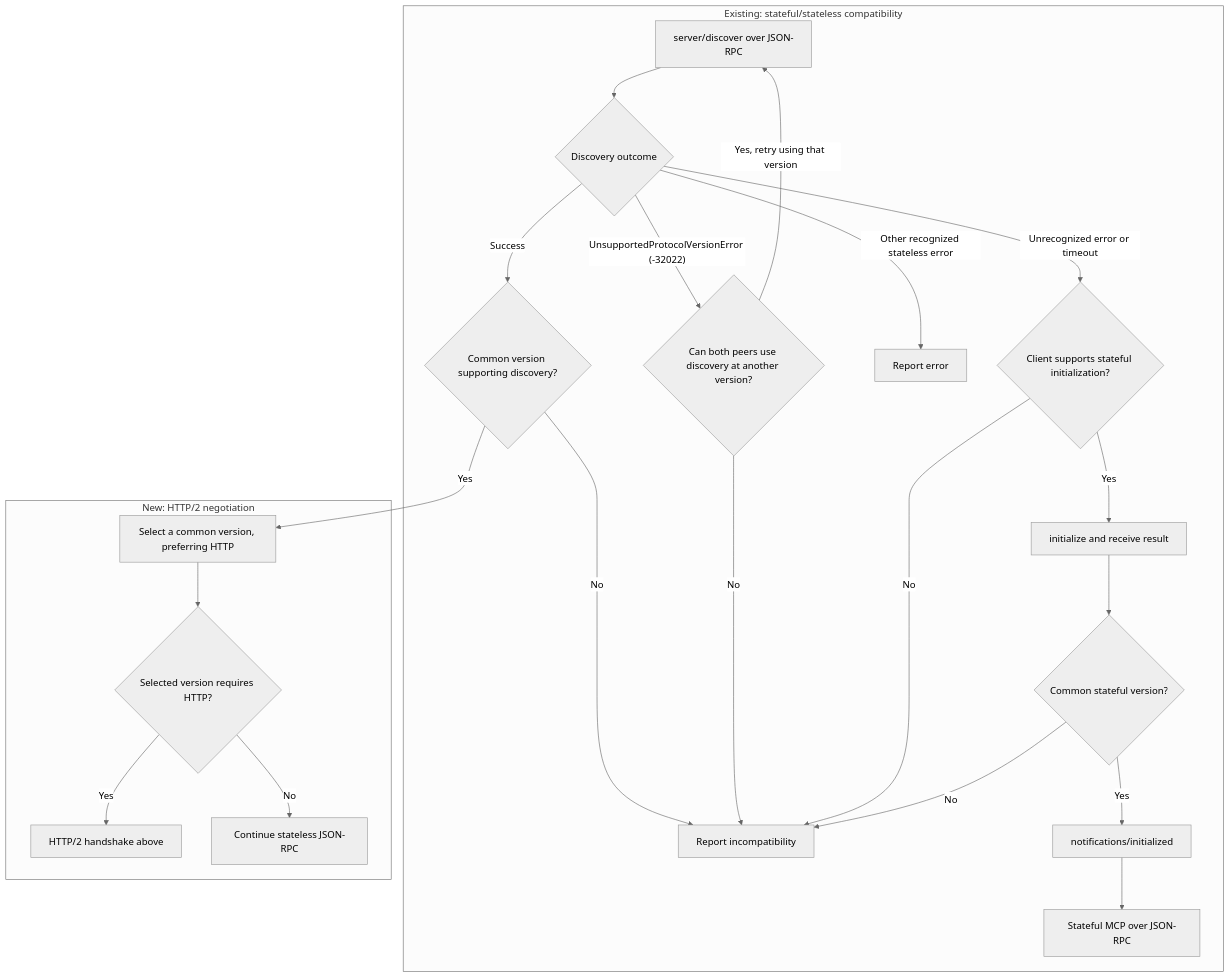
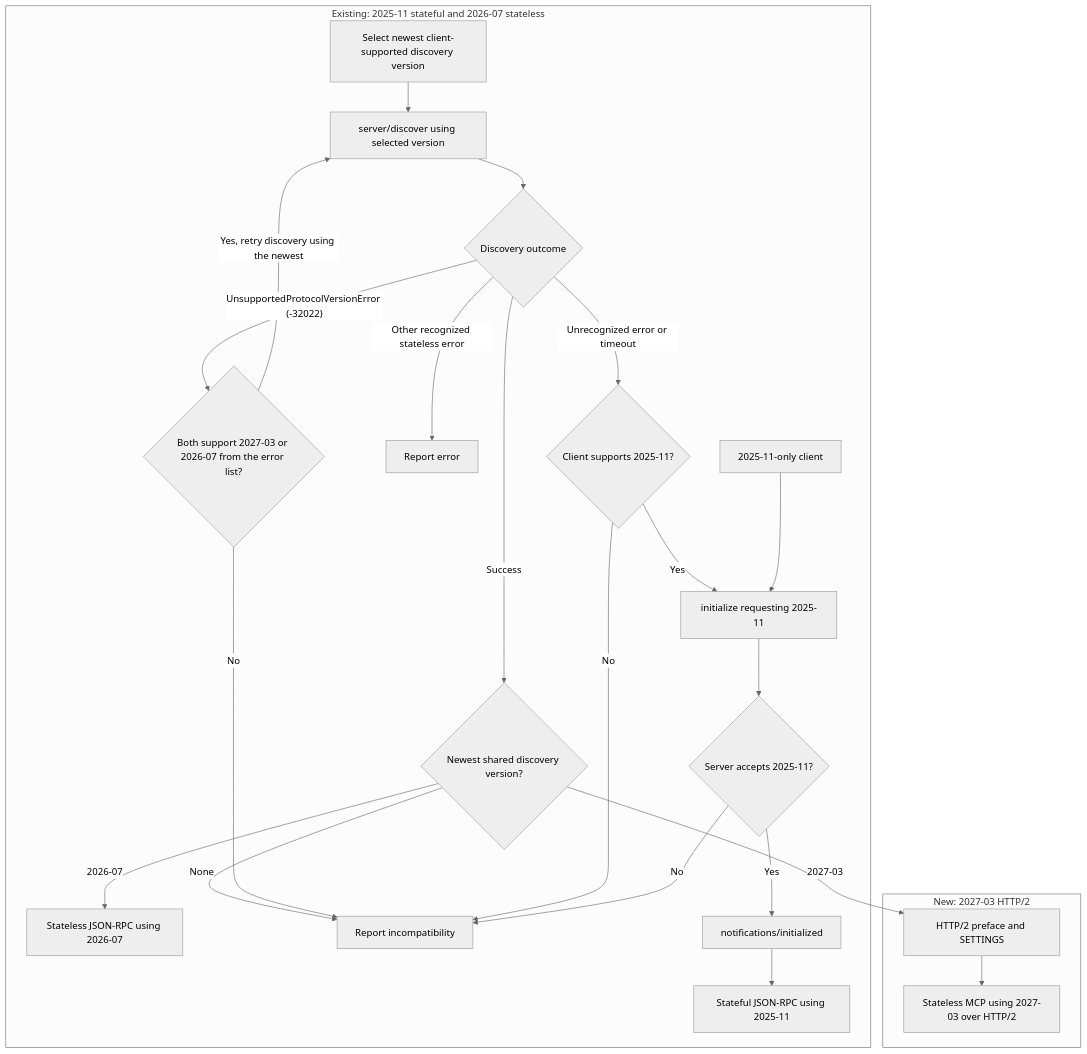
One commit to modelcontextprotocol/transports-wg changed the second of 2 diagrams in proposals/http-over-stdio/negotiation-proposal.md. Above: the diagram before and after it, drawn with Mermaid (neutral theme). The commit also changed other lines of this file, not shown here.

Commit message:
docs: ground negotiation in concrete protocol versions

````diff
--- a/proposals/http-over-stdio/negotiation-proposal.md
+++ b/proposals/http-over-stdio/negotiation-proposal.md
@@ -65,25 +79,26 @@
 ```mermaid
 flowchart TD
-    subgraph Existing["Existing: stateful/stateless compatibility"]
-        Discover["server/discover over JSON-RPC"] --> Result{"Discovery outcome"}
-        Result -->|Success| Shared{"Common version supporting discovery?"}
-        Shared -->|No| Fail["Report incompatibility"]
-        Result -->|"UnsupportedProtocolVersionError (-32022)"| Retry{"Can both peers use discovery at another version?"}
-        Retry -->|Yes, retry using that version| Discover
+    subgraph Existing["Existing: 2025-11 stateful and 2026-07 stateless"]
+        Start["Select newest client-supported discovery version"] --> Discover["server/discover using selected version"]
+        Discover --> Result{"Discovery outcome"}
+        Result -->|Success| Shared{"Newest shared discovery version?"}
+        Shared -->|2026-07| STDIO["Stateless JSON-RPC using 2026-07"]
+        Shared -->|None| Fail["Report incompatibility"]
+        Result -->|"UnsupportedProtocolVersionError (-32022)"| Retry{"Both support 2027-03 or 2026-07 from the error list?"}
+        Retry -->|Yes, retry discovery using the newest| Discover
         Retry -->|No| Fail
         Result -->|Other recognized stateless error| Error["Report error"]
-        Result -->|Unrecognized error or timeout| Stateful{"Client supports stateful initialization?"}
+        Result -->|Unrecognized error or timeout| Stateful{"Client supports 2025-11?"}
         Stateful -->|No| Fail
-        Stateful -->|Yes| Init["initialize and receive result"]
-        Init --> Compatible{"Common stateful version?"}
+        Stateful -->|Yes| Init["initialize requesting 2025-11"]
+        Older["2025-11-only client"] --> Init
+        Init --> Compatible{"Server accepts 2025-11?"}
         Compatible -->|No| Fail
         Compatible -->|Yes| Ready["notifications/initialized"]
-        Ready --> Legacy["Stateful MCP over JSON-RPC"]
+        Ready --> Legacy["Stateful JSON-RPC using 2025-11"]
     end
-    subgraph Transport["New: HTTP/2 negotiation"]
-        Select["Select a common version, preferring HTTP"] --> RequiresHTTP{"Selected version requires HTTP?"}
-        RequiresHTTP -->|Yes| HTTP["HTTP/2 handshake above"]
-        RequiresHTTP -->|No| STDIO["Continue stateless JSON-RPC"]
+    subgraph Transport["New: 2027-03 HTTP/2"]
+        HTTP["HTTP/2 preface and SETTINGS"] --> New["Stateless MCP using 2027-03 over HTTP/2"]
     end
-    Shared -->|Yes| Select
+    Shared -->|2027-03| HTTP
 ```
````
